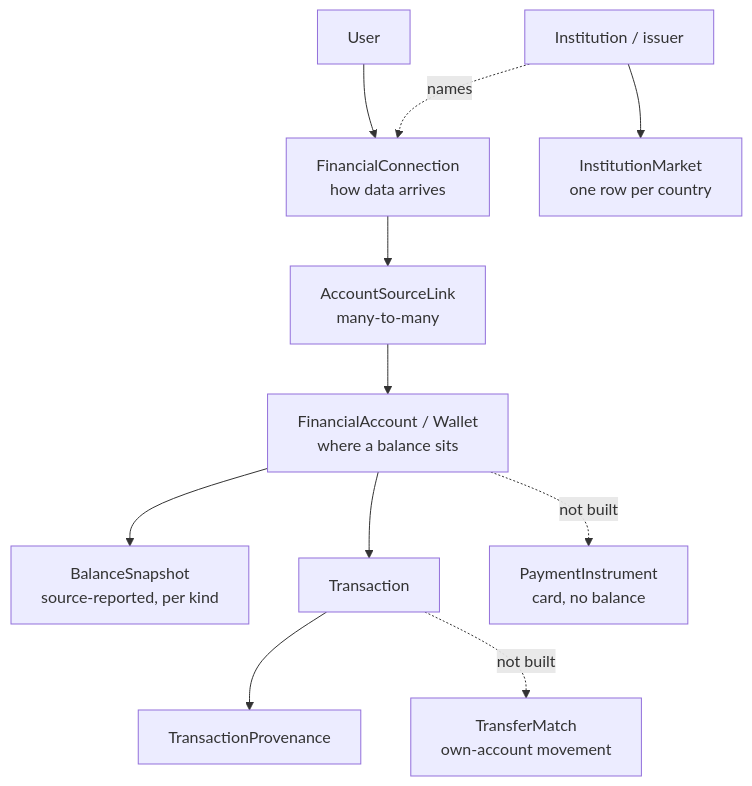
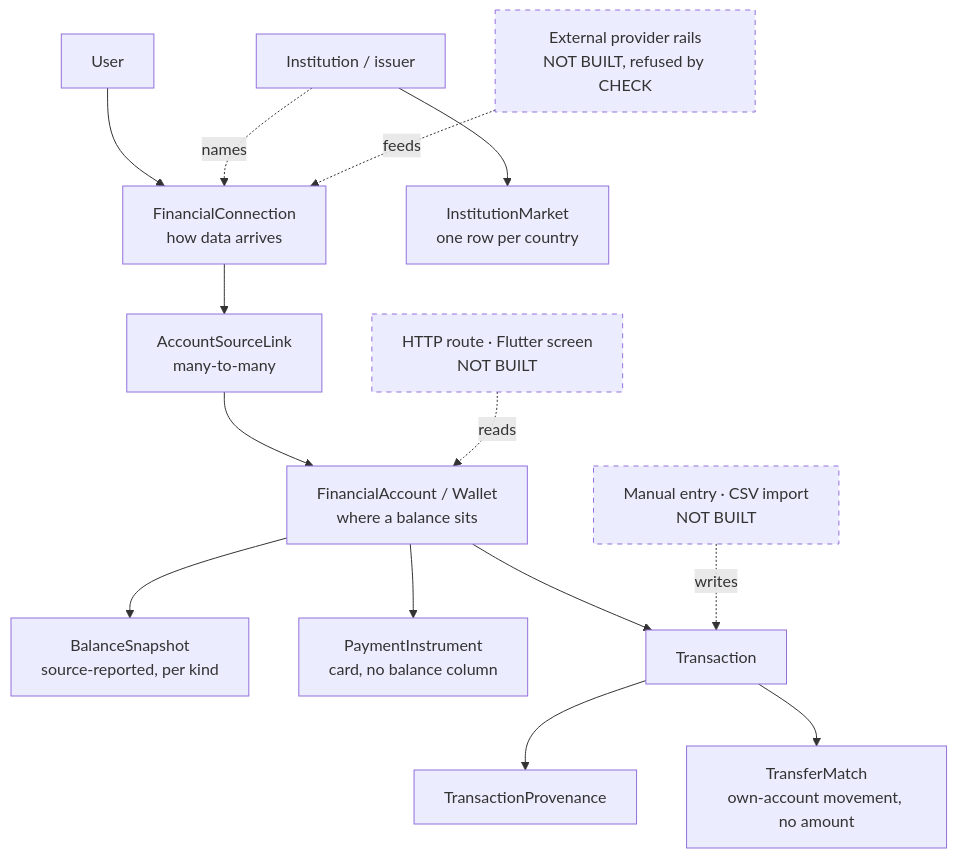
The third of 3 diagrams in README.md (MoayadAlobaidi/Karar-Flutter-version), drawn with Mermaid before and after one commit. The commit also changed other lines of this file and 24 other files, not shown here.

````diff
--- a/README.md
+++ b/README.md
@@ -197,13 +201,20 @@
 ```mermaid
 graph TD
   U[User] --> C[FinancialConnection<br/>how data arrives]
   I[Institution / issuer] --> M[InstitutionMarket<br/>one row per country]
   I -.names.-> C
   C --> L[AccountSourceLink<br/>many-to-many]
   L --> A[FinancialAccount / Wallet<br/>where a balance sits]
   A --> S[BalanceSnapshot<br/>source-reported, per kind]
+  A --> PI[PaymentInstrument<br/>card, no balance column]
   A --> T[Transaction]
   T --> P[TransactionProvenance]
-  A -.not built.-> PI[PaymentInstrument<br/>card, no balance]
-  T -.not built.-> TM[TransferMatch<br/>own-account movement]
+  T --> TM[TransferMatch<br/>own-account movement, no amount]
+  ING[Manual entry · CSV import<br/>NOT BUILT] -.writes.-> T
+  HTTP[HTTP route · Flutter screen<br/>NOT BUILT] -.reads.-> A
+  EXT[External provider rails<br/>NOT BUILT, refused by CHECK] -.feeds.-> C
+
+  style ING stroke-dasharray: 5 5
+  style HTTP stroke-dasharray: 5 5
+  style EXT stroke-dasharray: 5 5
 ```
````
